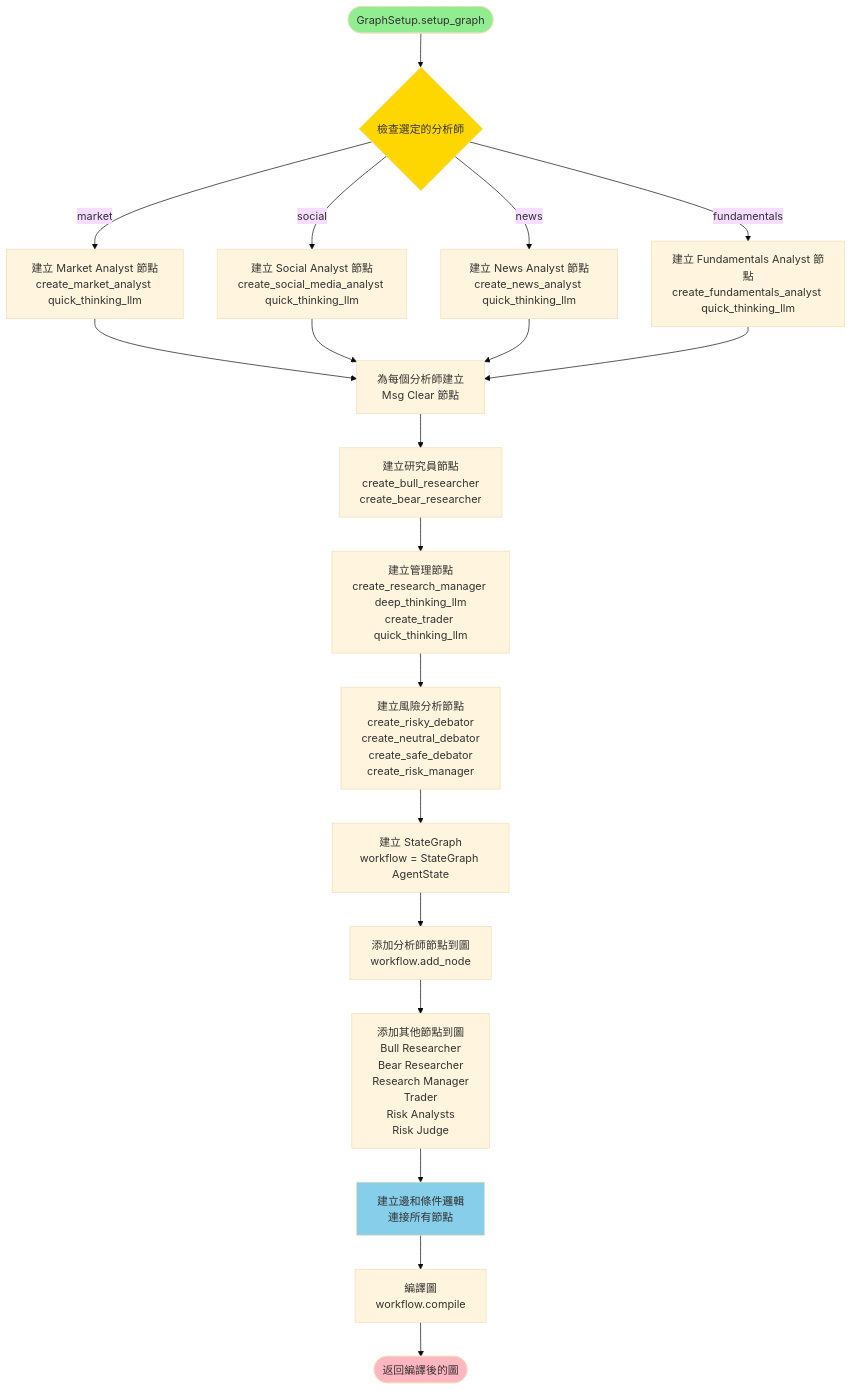
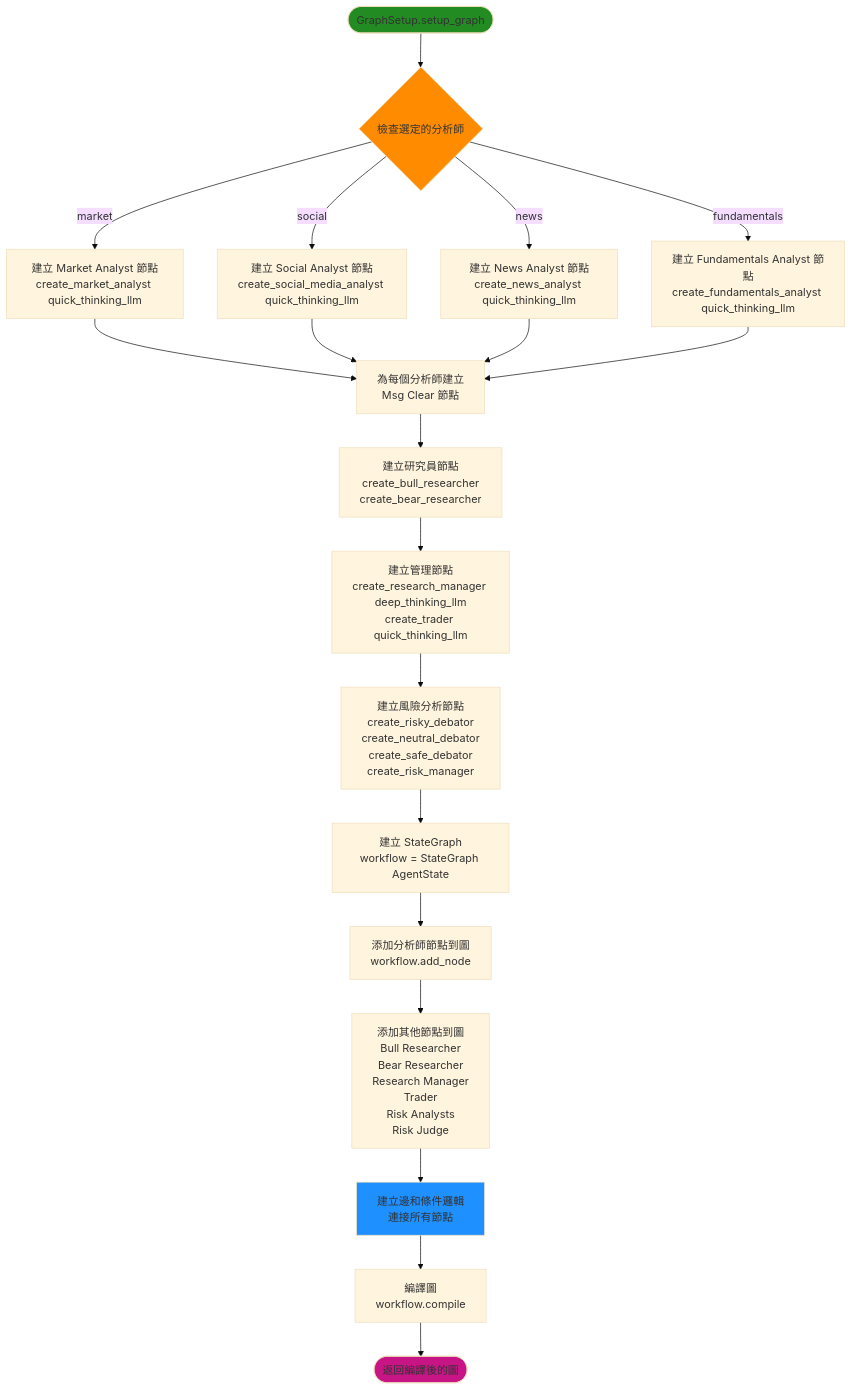
One commit to chitienshih-wq/Git_Test changed the fourth of 19 diagrams in 流程圖.md. Above: the diagram before and after it, drawn with Mermaid (base theme). The commit also changed other lines of this file, not shown here.

````diff
--- a/流程圖.md
+++ b/流程圖.md
@@ -89,34 +89,34 @@
 ```mermaid
 flowchart TD
     Start([GraphSetup.setup_graph]) --> CheckAnalysts{檢查選定的分析師}
     
     CheckAnalysts -->|market| CreateMarketAnalyst[建立 Market Analyst 節點<br/>create_market_analyst quick_thinking_llm]
     CheckAnalysts -->|social| CreateSocialAnalyst[建立 Social Analyst 節點<br/>create_social_media_analyst quick_thinking_llm]
     CheckAnalysts -->|news| CreateNewsAnalyst[建立 News Analyst 節點<br/>create_news_analyst quick_thinking_llm]
     CheckAnalysts -->|fundamentals| CreateFundamentalsAnalyst[建立 Fundamentals Analyst 節點<br/>create_fundamentals_analyst quick_thinking_llm]
     
     CreateMarketAnalyst --> CreateDeleteNodes
     CreateSocialAnalyst --> CreateDeleteNodes
     CreateNewsAnalyst --> CreateDeleteNodes
     CreateFundamentalsAnalyst --> CreateDeleteNodes
     
     CreateDeleteNodes[為每個分析師建立<br/>Msg Clear 節點] --> CreateResearcherNodes[建立研究員節點<br/>create_bull_researcher<br/>create_bear_researcher]
     
     CreateResearcherNodes --> CreateManagerNodes[建立管理節點<br/>create_research_manager deep_thinking_llm<br/>create_trader quick_thinking_llm]
     
     CreateManagerNodes --> CreateRiskNodes[建立風險分析節點<br/>create_risky_debator<br/>create_neutral_debator<br/>create_safe_debator<br/>create_risk_manager]
     
     CreateRiskNodes --> CreateWorkflow[建立 StateGraph<br/>workflow = StateGraph AgentState]
     
     CreateWorkflow --> AddAnalystNodes[添加分析師節點到圖<br/>workflow.add_node]
     AddAnalystNodes --> AddOtherNodes[添加其他節點到圖<br/>Bull Researcher<br/>Bear Researcher<br/>Research Manager<br/>Trader<br/>Risk Analysts<br/>Risk Judge]
     
     AddOtherNodes --> AddEdges[建立邊和條件邏輯<br/>連接所有節點]
     AddEdges --> Compile[編譯圖<br/>workflow.compile]
     Compile --> End([返回編譯後的圖])
     
-    style Start fill:#90EE90
-    style End fill:#FFB6C1
-    style CheckAnalysts fill:#FFD700
-    style AddEdges fill:#87CEEB
+    style Start fill:#228B22
+    style End fill:#C71585
+    style CheckAnalysts fill:#FF8C00
+    style AddEdges fill:#1E90FF
 ```
````
